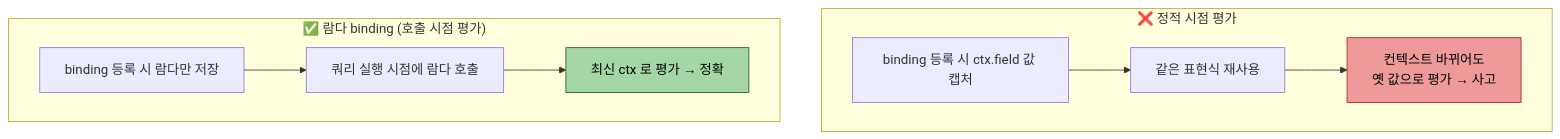
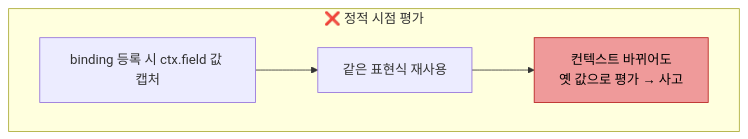
The first of 3 diagrams in write/05_data/querydsl/02-04.Hooks·ThreadLocal·BooleanBuilder 누적 — 표현식 합성 패턴.md (scofe97/StduyWrite), drawn with Mermaid before and after one commit. The commit also changed other lines of this file and 52 other files, not shown here.

````diff
--- a/write/05_data/querydsl/02-04.Hooks·ThreadLocal·BooleanBuilder 누적 — 표현식 합성 패턴.md
+++ b/write/05_data/querydsl/02-04.Hooks·ThreadLocal·BooleanBuilder 누적 — 표현식 합성 패턴.md
@@ -42,18 +53,11 @@
 ```mermaid
 flowchart TB
     subgraph bad["❌ 정적 시점 평가"]
         b1["binding 등록 시 ctx.field 값 캡처"]
         b2["같은 표현식 재사용"]
         b3["컨텍스트 바뀌어도<br>옛 값으로 평가 → 사고"]
         b1 --> b2 --> b3
     end
-    subgraph good["✅ 람다 binding (호출 시점 평가)"]
-        g1["binding 등록 시 람다만 저장"]
-        g2["쿼리 실행 시점에 람다 호출"]
-        g3["최신 ctx 로 평가 → 정확"]
-        g1 --> g2 --> g3
-    end
 
     style b3 fill:#EF9A9A,color:#000,stroke:#B71C1C
-    style g3 fill:#A5D6A7,color:#000,stroke:#1B5E20
 ```
````
